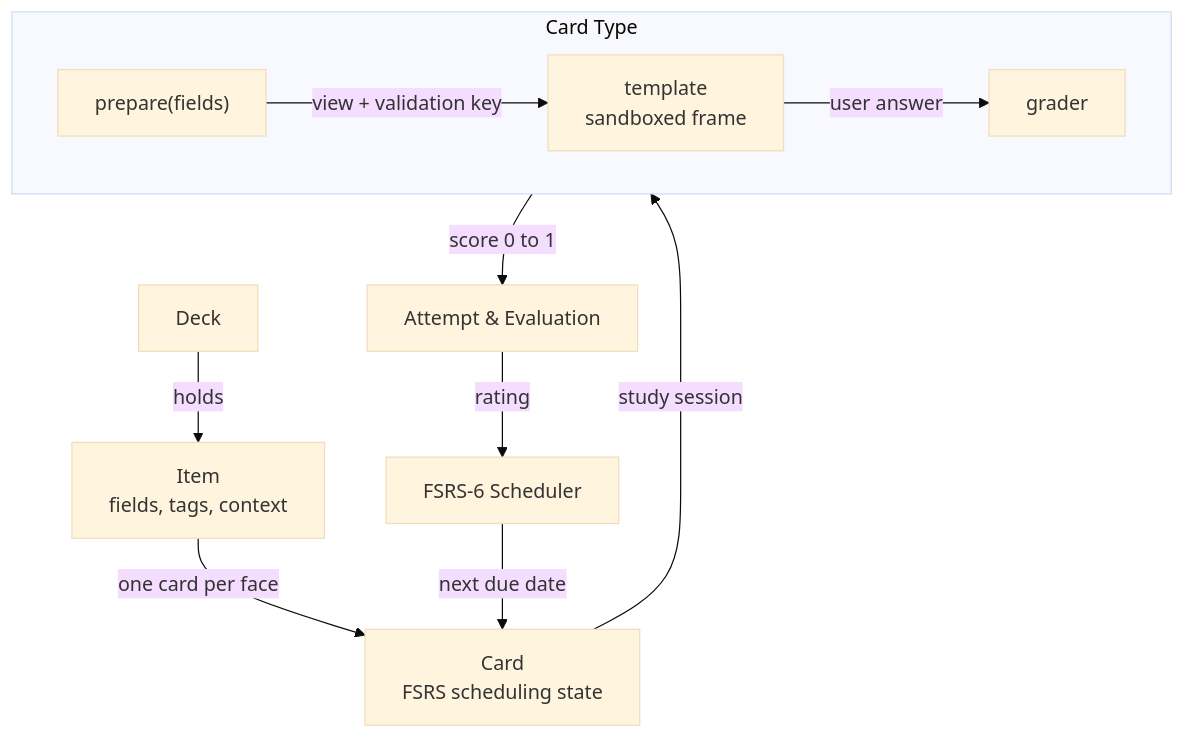
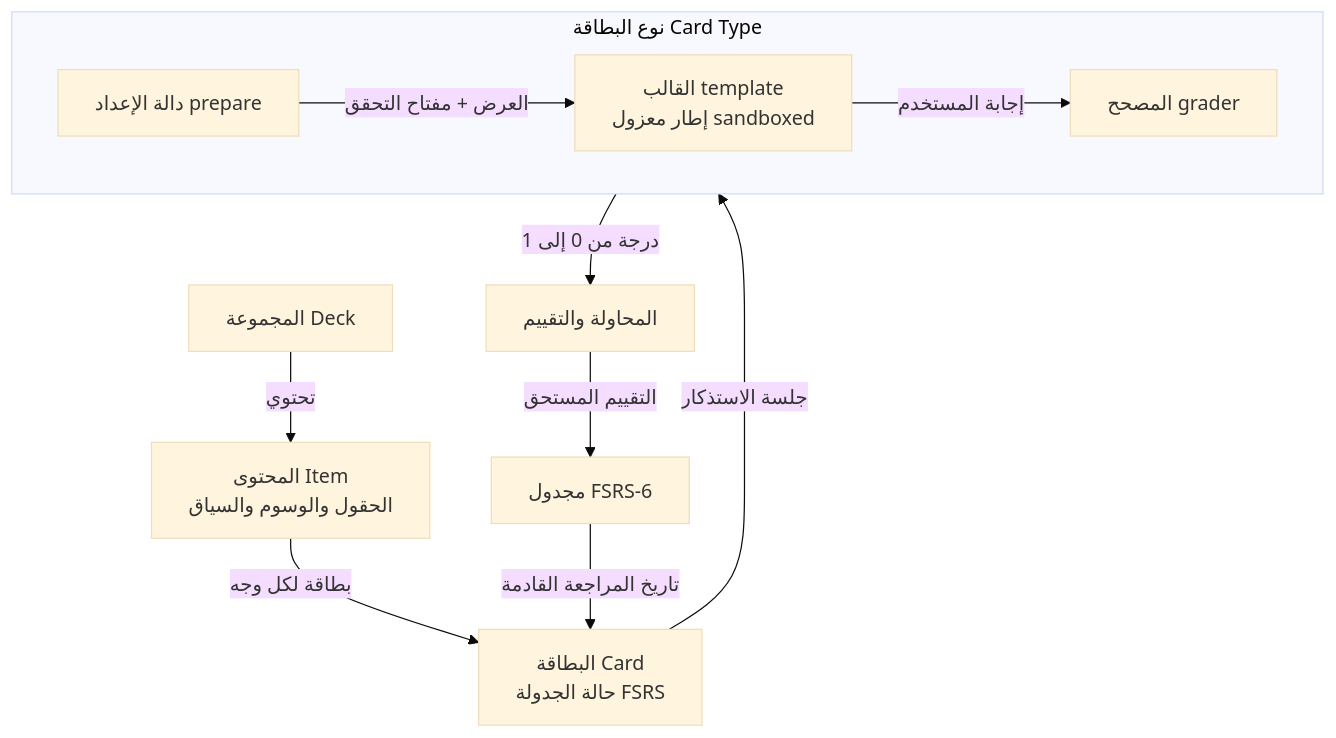
The diagram in README.md (Sidali-Djeghbal/wikae), drawn with Mermaid (base theme) before and after one commit. The commit also changed other lines of this file and 6 other files, not shown here.

````diff
--- a/README.md
+++ b/README.md
@@ -179,14 +184,14 @@
 ```mermaid
 flowchart TD
-  deck["Deck"] -->|holds| item["Item<br/>fields, tags, context"]
-  item -->|one card per face| card["Card<br/>FSRS scheduling state"]
-  card -->|study session| type
-  subgraph type ["Card Type"]
+  deck["المجموعة Deck"] -->|تحتوي| item["المحتوى Item<br/>الحقول والوسوم والسياق"]
+  item -->|بطاقة لكل وجه| card["البطاقة Card<br/>حالة الجدولة FSRS"]
+  card -->|جلسة الاستذكار| type
+  subgraph type ["نوع البطاقة Card Type"]
     direction LR
-    prepare["prepare(fields)"] -->|view + validation key| template["template<br/>sandboxed frame"]
-    template -->|user answer| grader["grader"]
+    prepare["دالة الإعداد prepare"] -->|العرض + مفتاح التحقق| template["القالب template<br/>إطار معزول sandboxed"]
+    template -->|إجابة المستخدم| grader["المصحح grader"]
   end
-  type -->|score 0 to 1| review["Attempt & Evaluation"]
-  review -->|rating| scheduler["FSRS-6 Scheduler"]
-  scheduler -->|next due date| card
+  type -->|درجة من 0 إلى 1| review["المحاولة والتقييم"]
+  review -->|التقييم المستحق| scheduler["مجدول FSRS-6"]
+  scheduler -->|تاريخ المراجعة القادمة| card
 ```
````
